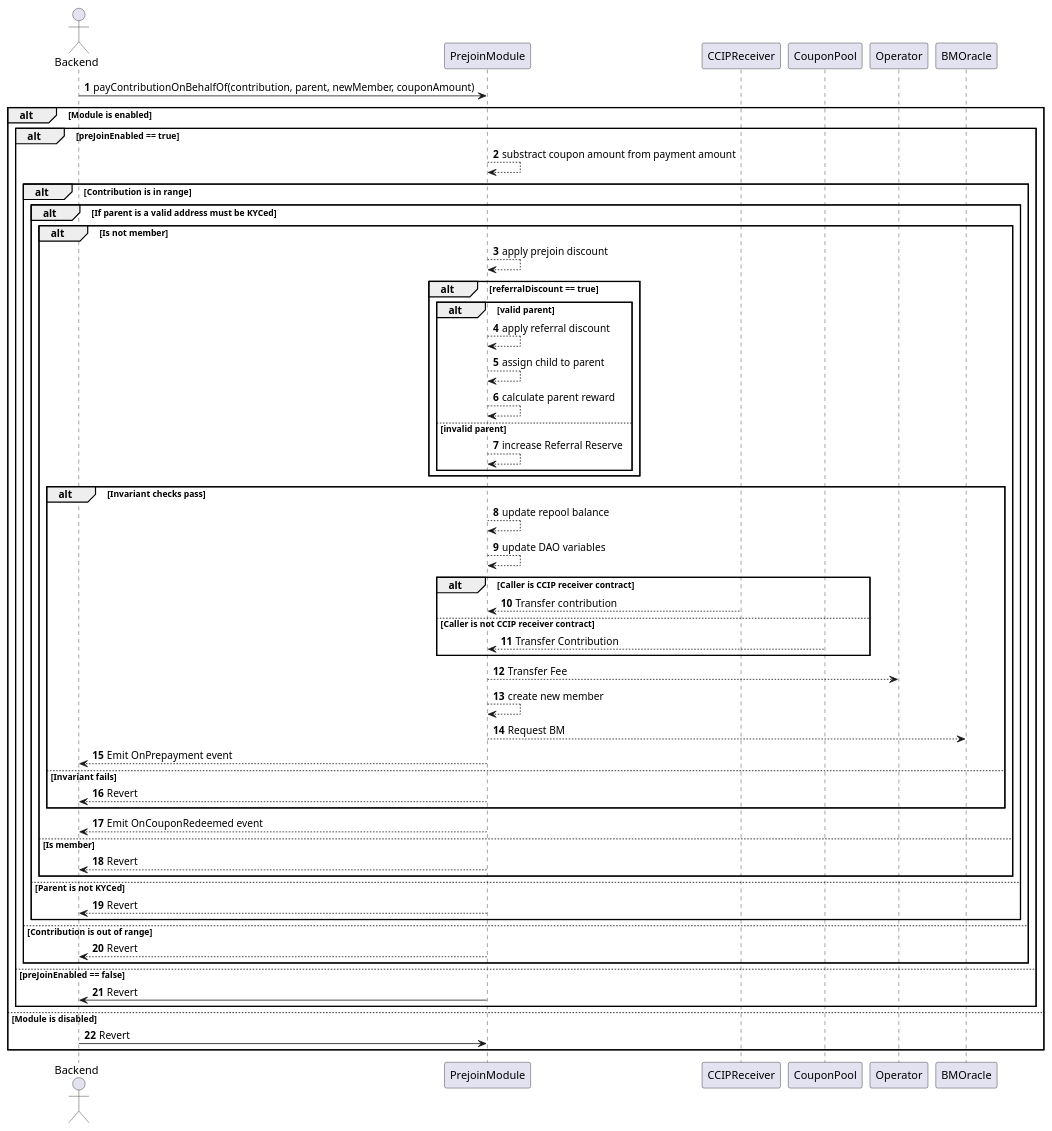
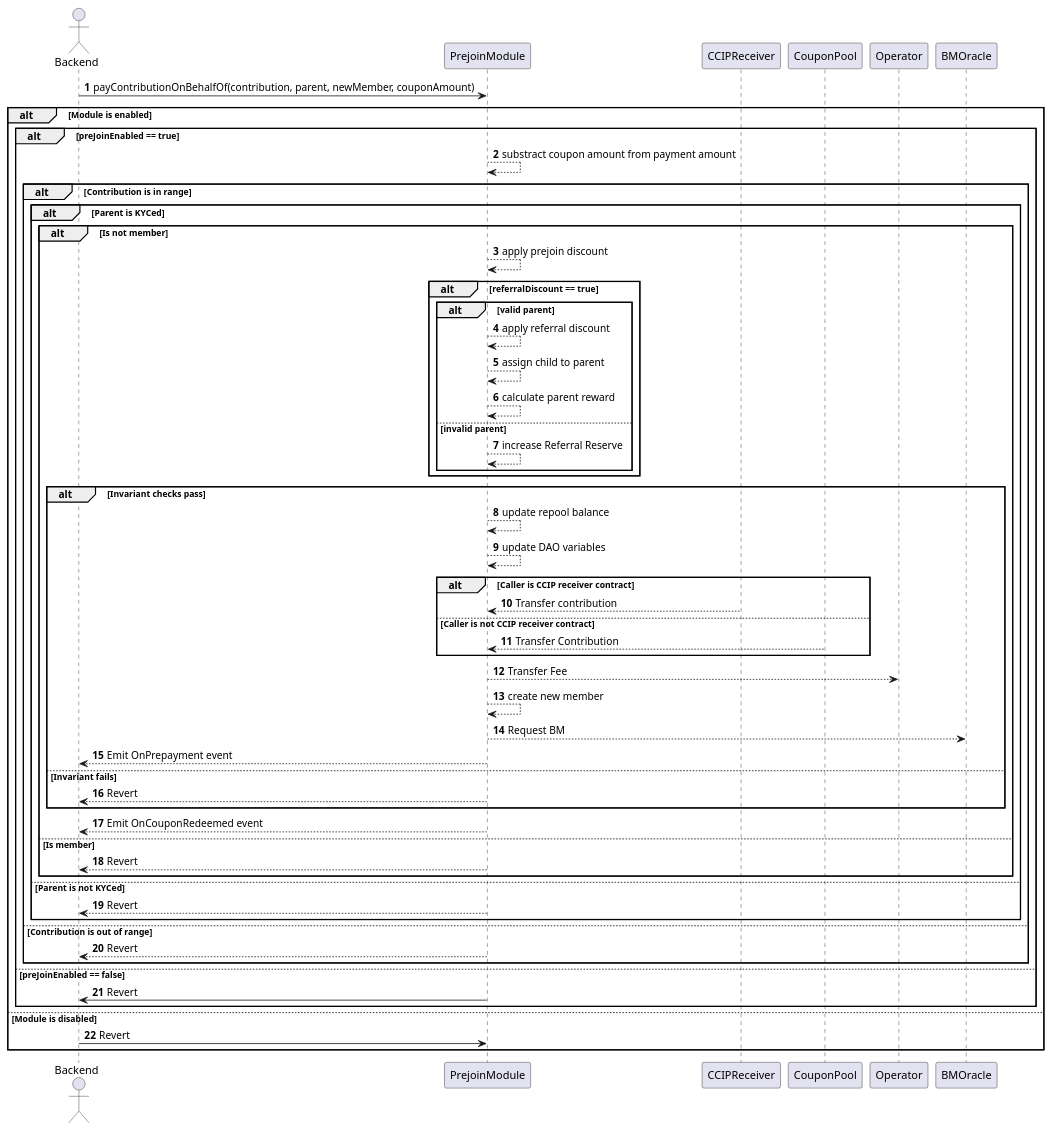
One commit to TakafulDAO/takasure.sc changed the diagram in docs/sequence_diagrams/PrejoinModule/03-payments-coupon.puml. Above: the diagram before and after it, drawn with PlantUML.

```diff
--- a/docs/sequence_diagrams/PrejoinModule/03-payments-coupon.puml
+++ b/docs/sequence_diagrams/PrejoinModule/03-payments-coupon.puml
@@ -1,68 +1,68 @@
 @startuml Payments with coupons
 autonumber
 
 actor Backend
 
 Backend -> PrejoinModule: payContributionOnBehalfOf(contribution, parent, newMember, couponAmount)
 
 alt Module is enabled
     alt preJoinEnabled == true
         PrejoinModule --> PrejoinModule: substract coupon amount from payment amount
         alt Contribution is in range
-            alt If parent is a valid address must be KYCed
+            alt Parent is KYCed
                 alt Is not member
 
                     PrejoinModule --> PrejoinModule: apply prejoin discount
 
                     alt referralDiscount == true                
                         alt valid parent
                             PrejoinModule --> PrejoinModule: apply referral discount
                             PrejoinModule --> PrejoinModule: assign child to parent
                             PrejoinModule --> PrejoinModule: calculate parent reward
                         else invalid parent
                             PrejoinModule --> PrejoinModule: increase Referral Reserve
                         end
                     end
 
                     alt Invariant checks pass
                         PrejoinModule --> PrejoinModule: update repool balance
                         PrejoinModule --> PrejoinModule: update DAO variables
 
                         alt Caller is CCIP receiver contract
                             CCIPReceiver --> PrejoinModule: Transfer contribution
                         else Caller is not CCIP receiver contract
                             CouponPool --> PrejoinModule: Transfer Contribution
                         end
 
                         PrejoinModule --> Operator: Transfer Fee
                         PrejoinModule --> PrejoinModule: create new member
                         PrejoinModule --> BMOracle: Request BM
                         PrejoinModule --> Backend: Emit OnPrepayment event
 
                     else Invariant fails
                         PrejoinModule --> Backend: Revert
                     end
 
                     PrejoinModule --> Backend: Emit OnCouponRedeemed event
 
                 else Is member
                     PrejoinModule --> Backend: Revert
                 end
 
             else Parent is not KYCed
                 PrejoinModule --> Backend: Revert
             end
 
         else Contribution is out of range
             PrejoinModule --> Backend: Revert
         end
 
     else preJoinEnabled == false
         PrejoinModule -> Backend: Revert
     end
 
 else Module is disabled
     Backend -> PrejoinModule: Revert
 end
 
 @enduml    
```
